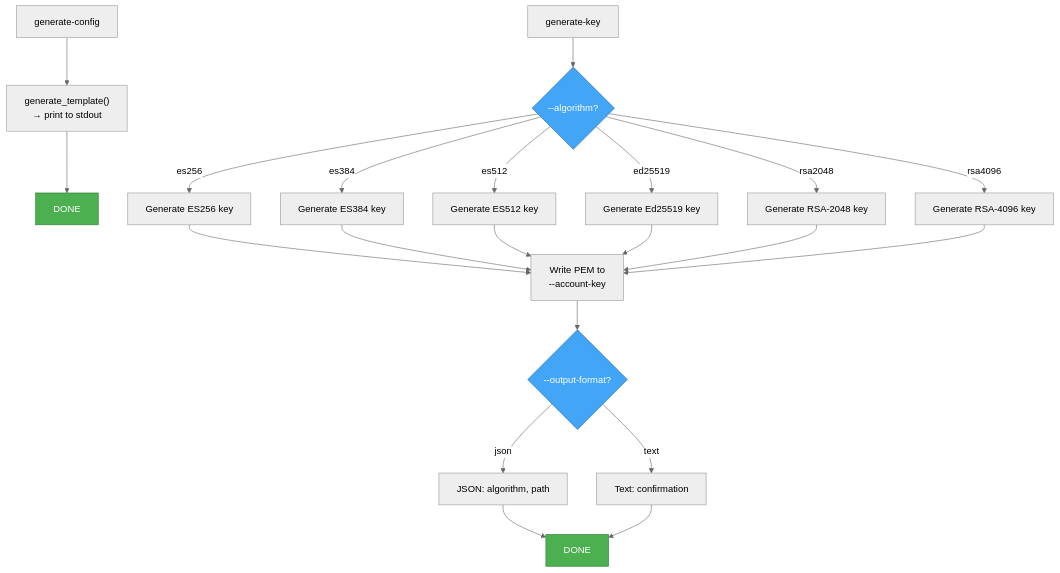
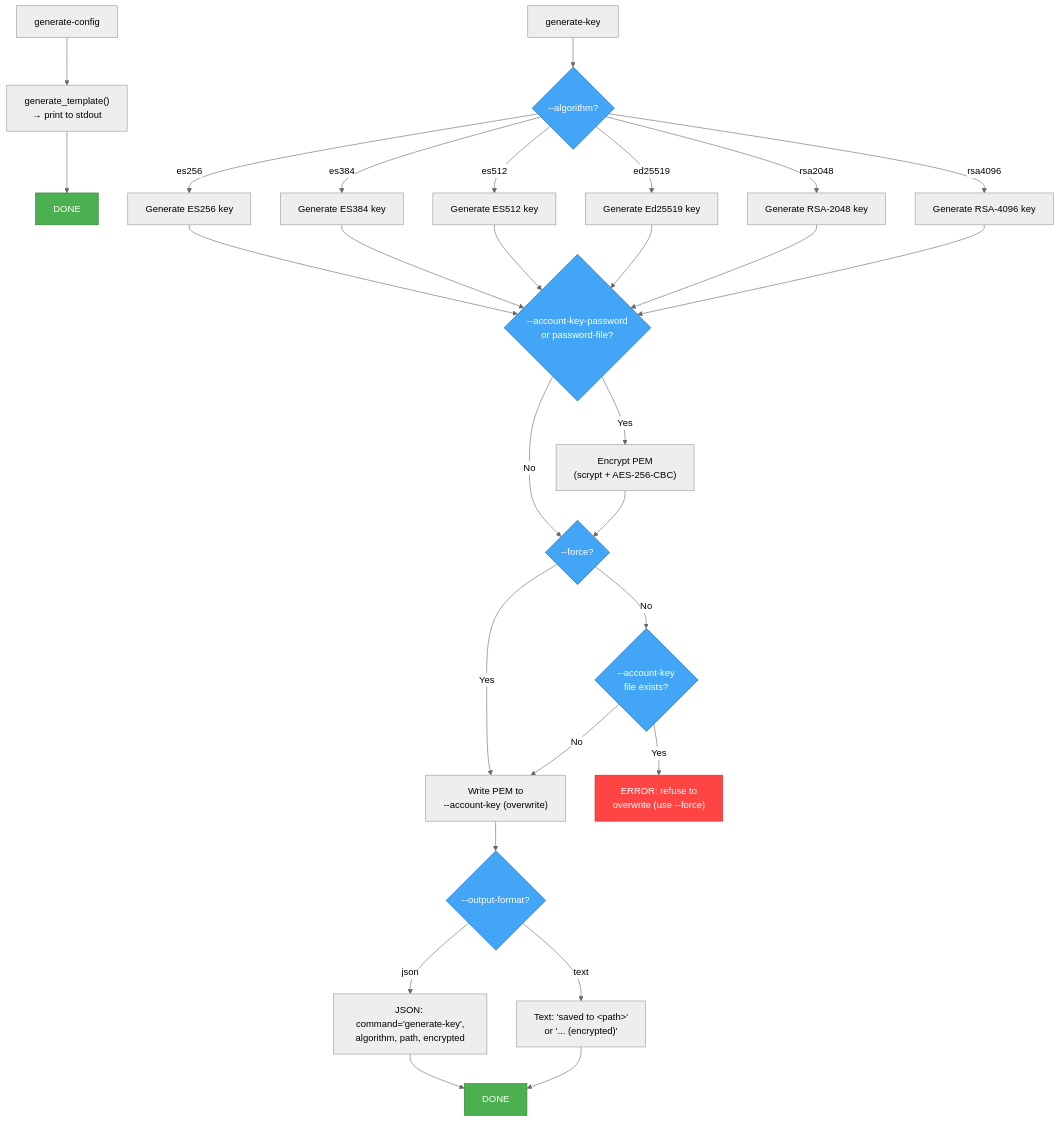
One commit to andrico21/acme-client-rs changed the third of 8 diagrams in PARAMETER-FLOW.md. Above: the diagram before and after it, drawn with Mermaid (neutral theme). The commit also changed other lines of this file, not shown here.

````diff
--- a/PARAMETER-FLOW.md
+++ b/PARAMETER-FLOW.md
@@ -251,31 +281,40 @@
 ```mermaid
 graph TD
     %% === generate-config (trivial) ===
     GC["generate-config"] --> GC_OUT["generate_template()<br/>→ print to stdout"]
     GC_OUT --> GC_DONE["DONE"]
 
     %% === generate-key ===
     GK["generate-key"] --> GK_ALG{"--algorithm?"}
     GK_ALG -- es256 --> GK_GEN["Generate ES256 key"]
     GK_ALG -- es384 --> GK_GEN384["Generate ES384 key"]
     GK_ALG -- es512 --> GK_GEN512["Generate ES512 key"]
     GK_ALG -- ed25519 --> GK_GENED["Generate Ed25519 key"]
     GK_ALG -- rsa2048 --> GK_GENR2["Generate RSA-2048 key"]
     GK_ALG -- rsa4096 --> GK_GENR4["Generate RSA-4096 key"]
-    GK_GEN --> GK_WRITE["Write PEM to<br/>--account-key"]
-    GK_GEN384 --> GK_WRITE
-    GK_GEN512 --> GK_WRITE
-    GK_GENED --> GK_WRITE
-    GK_GENR2 --> GK_WRITE
-    GK_GENR4 --> GK_WRITE
+    GK_GEN --> GK_PWD{"--account-key-password<br/>or password-file?"}
+    GK_GEN384 --> GK_PWD
+    GK_GEN512 --> GK_PWD
+    GK_GENED --> GK_PWD
+    GK_GENR2 --> GK_PWD
+    GK_GENR4 --> GK_PWD
+    GK_PWD -- Yes --> GK_ENC["Encrypt PEM<br/>(scrypt + AES-256-CBC)"]
+    GK_PWD -- No --> GK_FORCE
+    GK_ENC --> GK_FORCE{"--force?"}
+    GK_FORCE -- Yes --> GK_WRITE["Write PEM to<br/>--account-key (overwrite)"]
+    GK_FORCE -- No --> GK_EXISTS{"--account-key<br/>file exists?"}
+    GK_EXISTS -- Yes --> GK_BAIL["ERROR: refuse to<br/>overwrite (use --force)"]
+    GK_EXISTS -- No --> GK_WRITE
     GK_WRITE --> GK_FMT{"--output-format?"}
-    GK_FMT -- json --> GK_JSON["JSON: algorithm, path"]
-    GK_FMT -- text --> GK_TEXT["Text: confirmation"]
+    GK_FMT -- json --> GK_JSON["JSON: command='generate-key',<br/>algorithm, path, encrypted"]
+    GK_FMT -- text --> GK_TEXT["Text: 'saved to &lt;path&gt;'<br/>or '... (encrypted)'"]
     GK_JSON --> GK_DONE["DONE"]
     GK_TEXT --> GK_DONE
 
     classDef success fill:#4caf50,color:white,stroke:#2e7d32
     classDef decision fill:#42a5f5,color:white,stroke:#1565c0
+    classDef error fill:#f44,color:white,stroke:#d32f2f
     class GC_DONE,GK_DONE success
-    class GK_ALG,GK_FMT decision
+    class GK_BAIL error
+    class GK_ALG,GK_PWD,GK_FORCE,GK_EXISTS,GK_FMT decision
 ```
````
